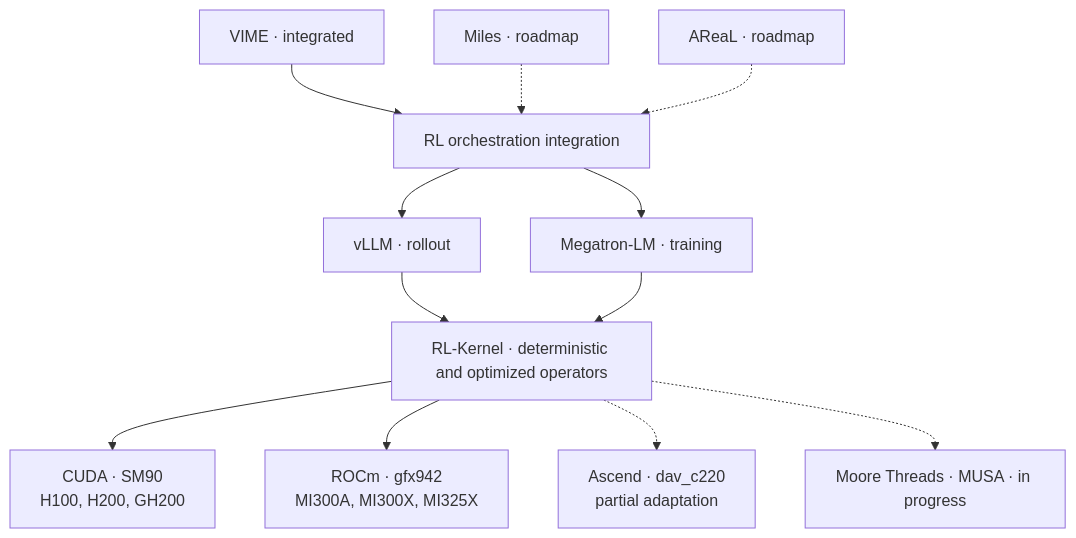
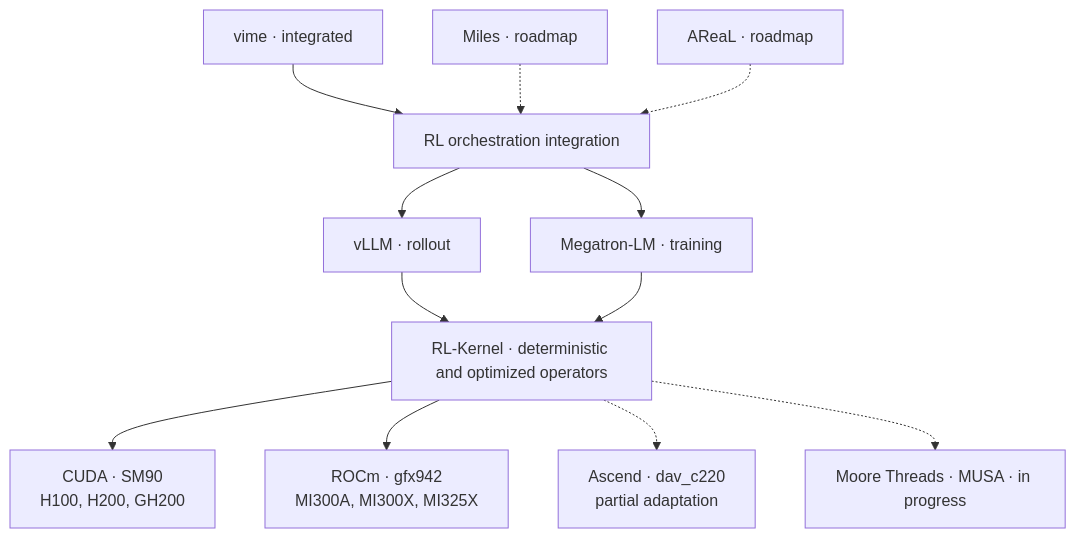
The diagram in README.md (Flink-ddd/Kernel-Align), drawn with Mermaid before and after one commit. The commit also changed other lines of this file and 1 other file, not shown here.

Commit message:
docs(readme): use official vime casing

````diff
--- a/README.md
+++ b/README.md
@@ -74,14 +74,14 @@
 ```mermaid
 flowchart TB
-    VIME["VIME · integrated"] --> ORCH["RL orchestration integration"]
+    vime["vime · integrated"] --> ORCH["RL orchestration integration"]
     MILES["Miles · roadmap"] -.-> ORCH
     AREAL["AReaL · roadmap"] -.-> ORCH
     ORCH --> VLLM["vLLM · rollout"]
     ORCH --> MEGATRON["Megatron-LM · training"]
     VLLM --> RLK["RL-Kernel · deterministic and optimized operators"]
     MEGATRON --> RLK
     RLK --> CUDA["CUDA · SM90<br/>H100, H200, GH200"]
     RLK --> ROCM["ROCm · gfx942<br/>MI300A, MI300X, MI325X"]
     RLK -.-> ASCEND["Ascend · dav_c220<br/>partial adaptation"]
     RLK -.-> MUSA["Moore Threads · MUSA · in progress"]
 ```
````
